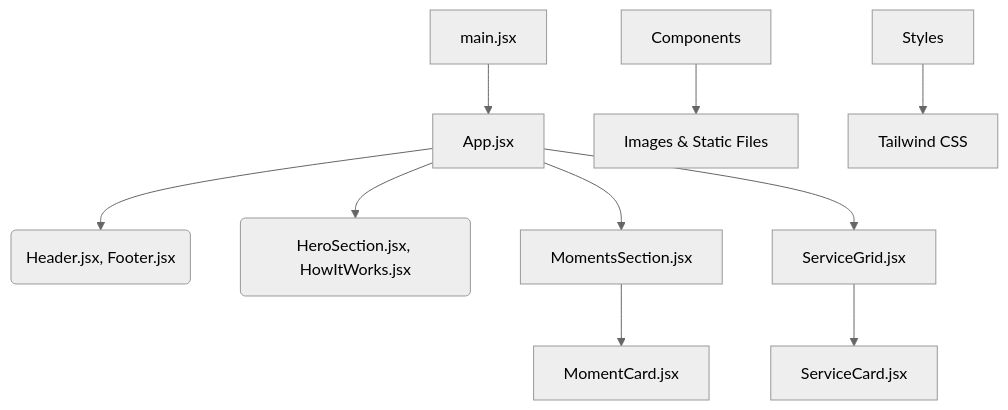
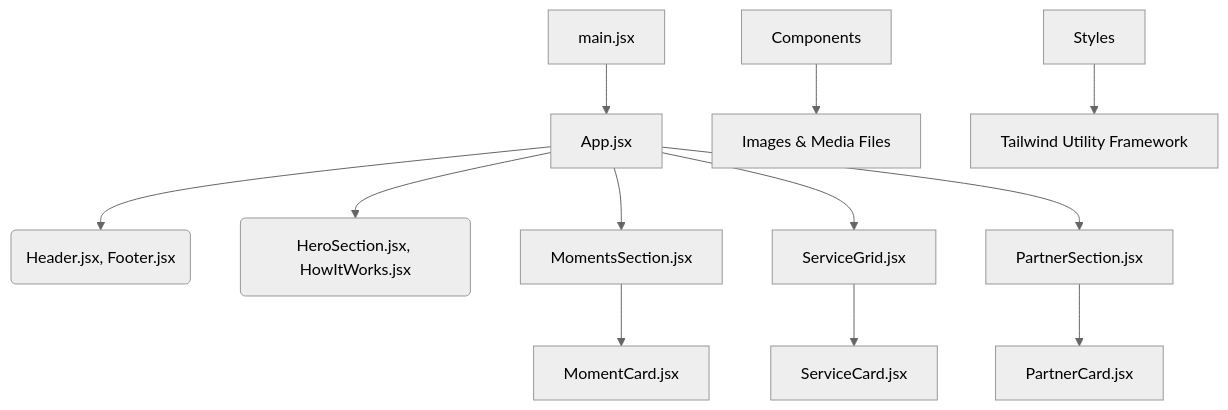
The diagram in README.md (foosh-id/landing-pages), drawn with Mermaid (neutral theme) before and after one commit. The commit also changed other lines of this file, not shown here.

Commit message:
docs: updated to include new partners section in both structure and diagram

````diff
--- a/README.md
+++ b/README.md
@@ -84,10 +80,11 @@
 ```mermaid
 graph TD
     main.jsx --> App.jsx
     App.jsx --> Layout(Header.jsx, Footer.jsx)
     App.jsx --> Sections(HeroSection.jsx, HowItWorks.jsx)
     App.jsx --> MomentsSection.jsx --> MomentCard.jsx
     App.jsx --> ServiceGrid.jsx --> ServiceCard.jsx
-    Components --> Assets[Images & Static Files]
-    Styles --> TailwindCSS[Tailwind CSS]
+    App.jsx --> PartnerSection.jsx --> PartnerCard.jsx
+    Components --> Assets[Images & Media Files]
+    Styles --> TailwindCSS[Tailwind Utility Framework]
 ```
````
